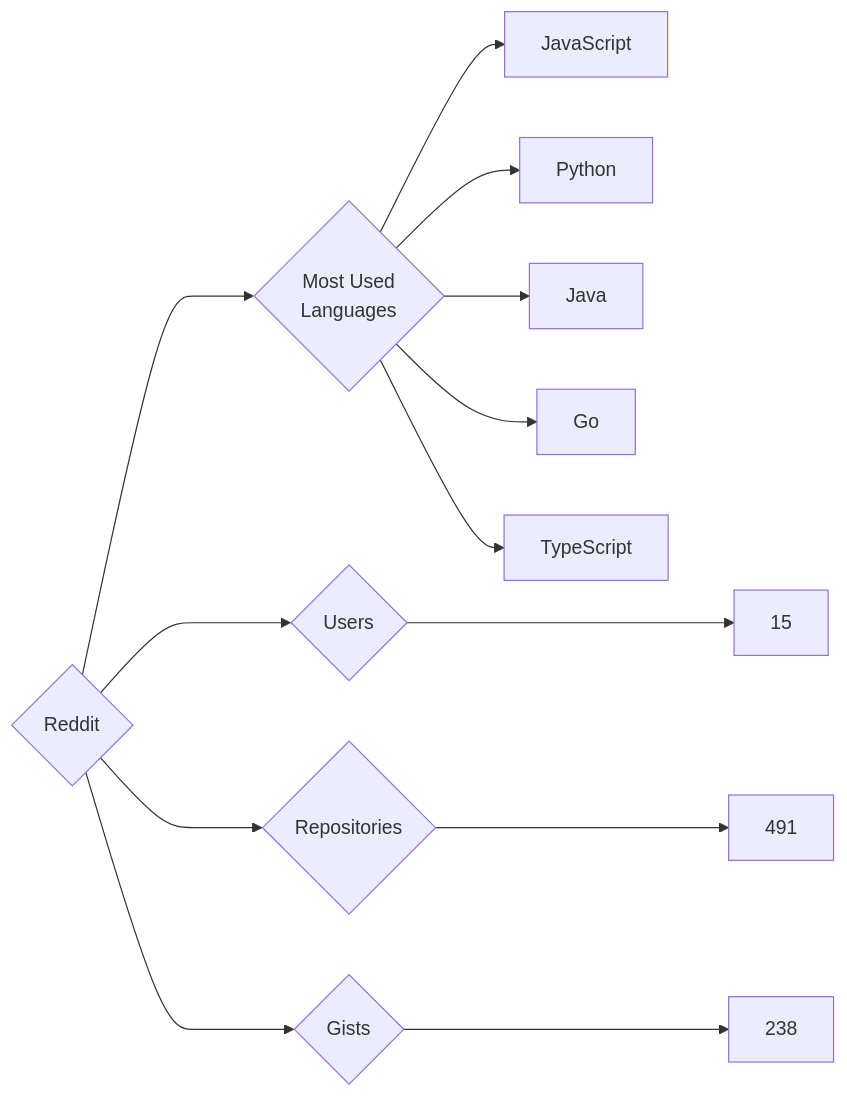
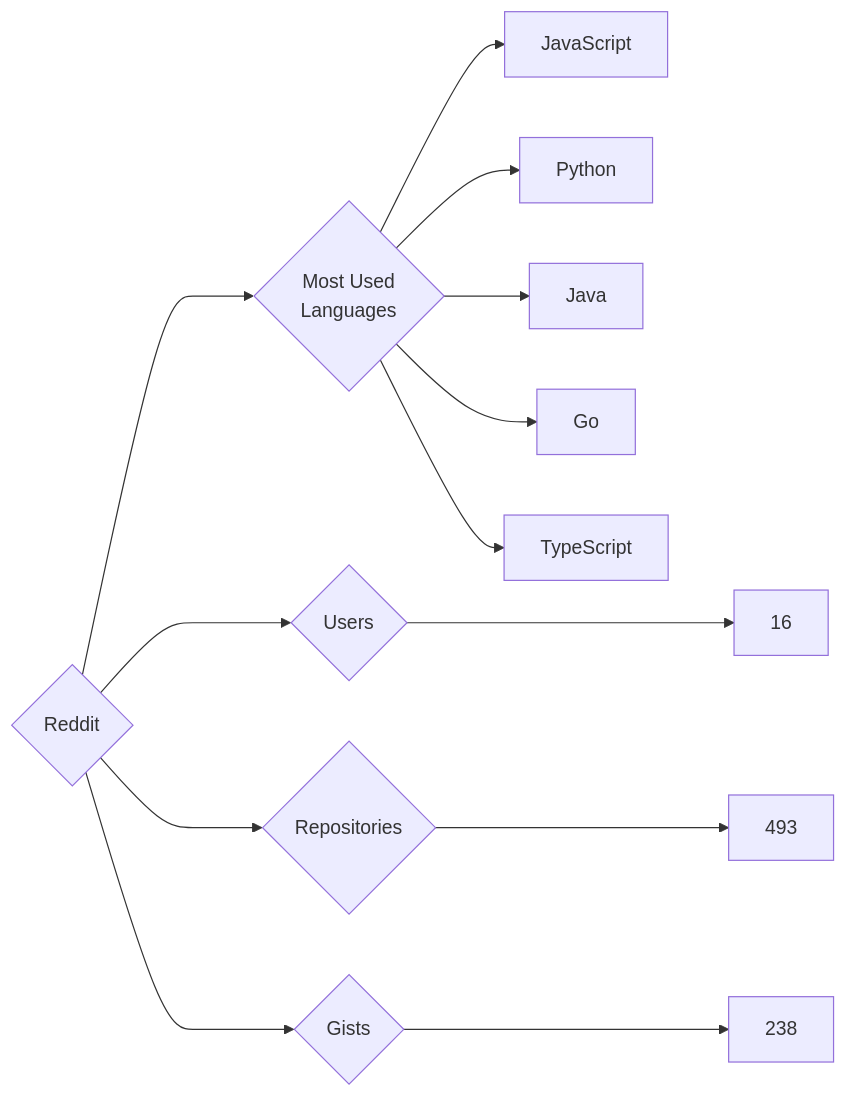
One commit to trickest/insiders changed the diagram in targets/Reddit/README.md. Above: the diagram before and after it, drawn with Mermaid. The commit also changed 797 other files, not shown here.

````diff
--- a/targets/Reddit/README.md
+++ b/targets/Reddit/README.md
@@ -3,13 +3,13 @@
 ```mermaid
 graph LR
 COMPANY_NAME{Reddit}
-COMPANY_NAME ---> U{Users} ---> UN[15]
-COMPANY_NAME ---> R{Repositories} ---> RN[491]
+COMPANY_NAME ---> U{Users} ---> UN[16]
+COMPANY_NAME ---> R{Repositories} ---> RN[493]
 COMPANY_NAME ---> G{Gists} ---> GN[238]
 COMPANY_NAME ---> ML{Most Used<br>Languages}
 ML --> JavaScript[JavaScript]
 ML --> Python[Python]
 ML --> Java[Java]
 ML --> Go[Go]
 ML --> TypeScript[TypeScript]
 ```
````
